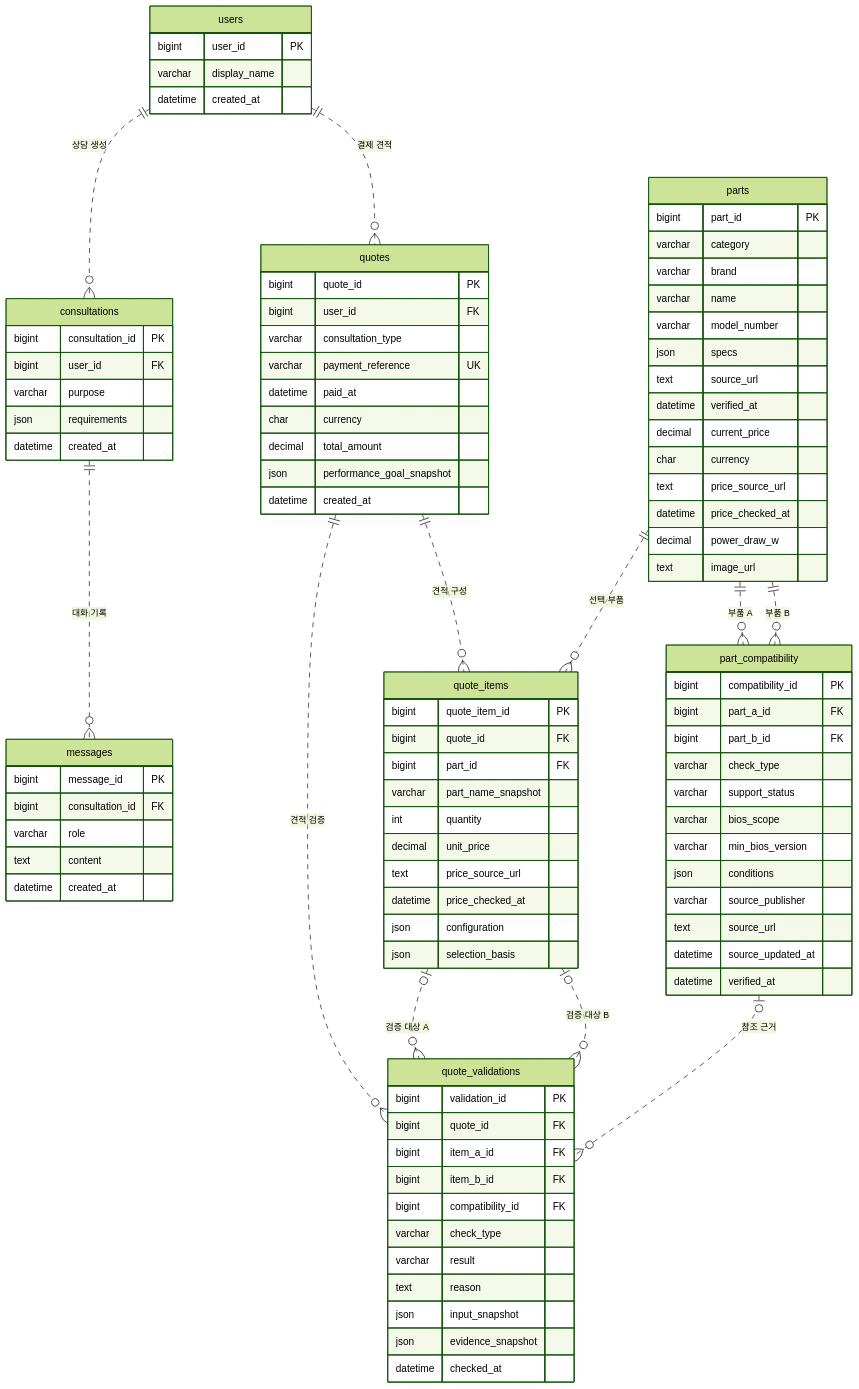
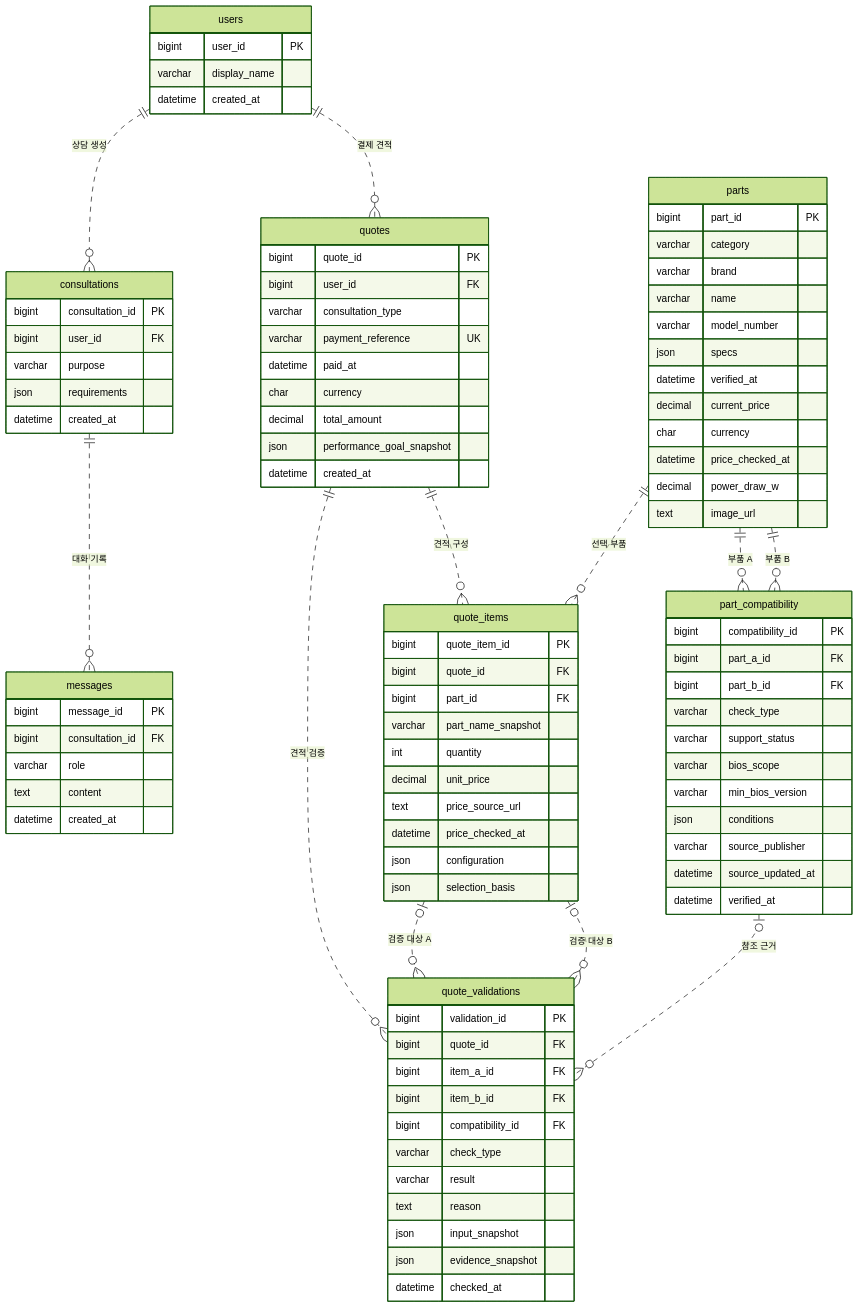
Before and after one commit to SKNETWORKS-FAMILY-AICAMP/SKN35-FINAL-6TEAM: the diagram in docs/database/erd/schema.mmd, drawn with Mermaid (forest theme). The commit also changed 18 other files, not shown here.

```diff
--- a/docs/database/erd/schema.mmd
+++ b/docs/database/erd/schema.mmd
@@ -1,97 +1,94 @@
 erDiagram
     users {
         bigint user_id PK
         varchar display_name
         datetime created_at
     }
     consultations {
         bigint consultation_id PK
         bigint user_id FK
         varchar purpose
         json requirements
         datetime created_at
     }
     messages {
         bigint message_id PK
         bigint consultation_id FK
         varchar role
         text content
         datetime created_at
     }
     parts {
         bigint part_id PK
         varchar category
         varchar brand
         varchar name
         varchar model_number
         json specs
-        text source_url
         datetime verified_at
         decimal current_price
         char currency
-        text price_source_url
         datetime price_checked_at
         decimal power_draw_w
         text image_url
     }
     quotes {
         bigint quote_id PK
         bigint user_id FK
         varchar consultation_type
         varchar payment_reference UK
         datetime paid_at
         char currency
         decimal total_amount
         json performance_goal_snapshot
         datetime created_at
     }
     quote_items {
         bigint quote_item_id PK
         bigint quote_id FK
         bigint part_id FK
         varchar part_name_snapshot
         int quantity
         decimal unit_price
         text price_source_url
         datetime price_checked_at
         json configuration
         json selection_basis
     }
     part_compatibility {
         bigint compatibility_id PK
         bigint part_a_id FK
         bigint part_b_id FK
         varchar check_type
         varchar support_status
         varchar bios_scope
         varchar min_bios_version
         json conditions
         varchar source_publisher
-        text source_url
         datetime source_updated_at
         datetime verified_at
     }
     quote_validations {
         bigint validation_id PK
         bigint quote_id FK
         bigint item_a_id FK
         bigint item_b_id FK
         bigint compatibility_id FK
         varchar check_type
         varchar result
         text reason
         json input_snapshot
         json evidence_snapshot
         datetime checked_at
     }
     users ||..o{ consultations : "상담 생성"
     consultations ||..o{ messages : "대화 기록"
     users ||..o{ quotes : "결제 견적"
     quotes ||..o{ quote_items : "견적 구성"
     parts ||..o{ quote_items : "선택 부품"
     parts ||..o{ part_compatibility : "부품 A"
     parts ||..o{ part_compatibility : "부품 B"
     quotes ||..o{ quote_validations : "견적 검증"
     quote_items |o..o{ quote_validations : "검증 대상 A"
     quote_items |o..o{ quote_validations : "검증 대상 B"
     part_compatibility |o..o{ quote_validations : "참조 근거"
```
